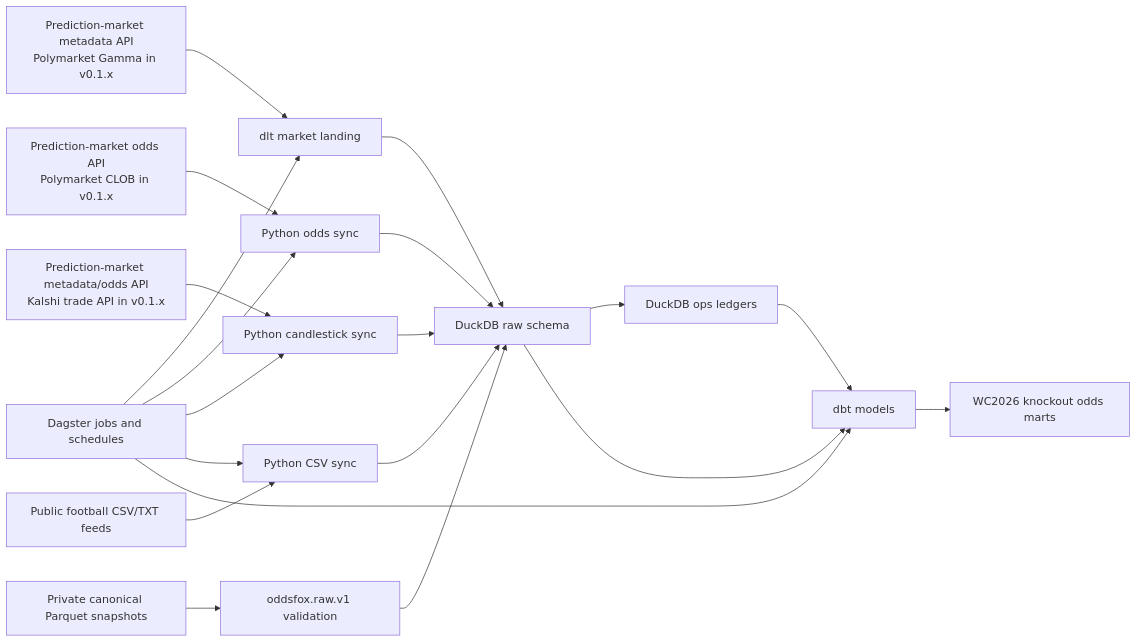
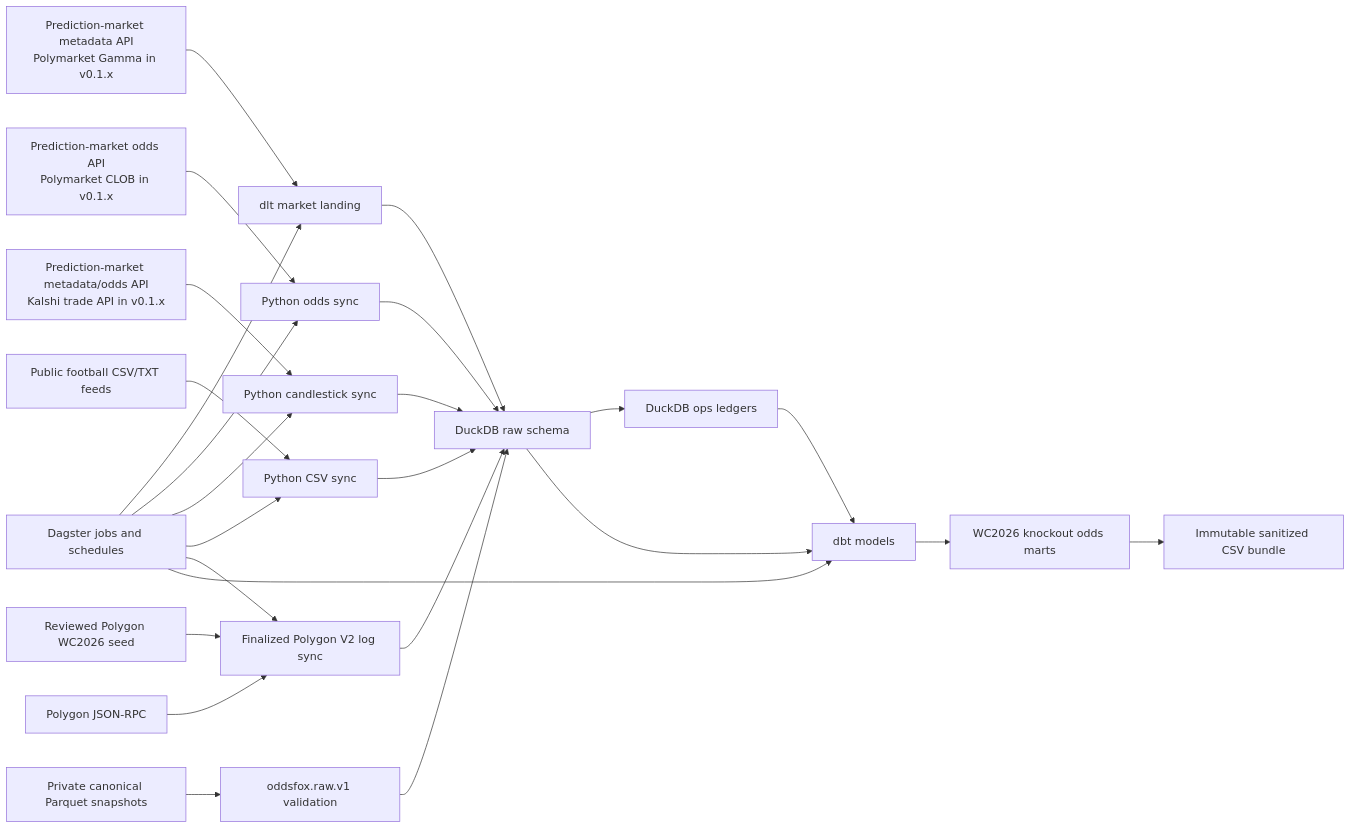
One commit to hypertrial/oddsfox-pipeline changed the first of 2 diagrams in docs/concepts/architecture.md. Above: the diagram before and after it, drawn with Mermaid. The commit also changed other lines of this file and 87 other files, not shown here.

````diff
--- a/docs/concepts/architecture.md
+++ b/docs/concepts/architecture.md
@@ -25,22 +31,27 @@
 ```mermaid
 flowchart LR
     gamma["Prediction-market metadata API<br/>Polymarket Gamma in v0.1.x"] --> dlt["dlt market landing"]
     clob["Prediction-market odds API<br/>Polymarket CLOB in v0.1.x"] --> odds["Python odds sync"]
     kalshi_api["Prediction-market metadata/odds API<br/>Kalshi trade API in v0.1.x"] --> kalshi_sync["Python candlestick sync"]
     results["Public football CSV/TXT feeds"] --> result_sync["Python CSV sync"]
+    seed["Reviewed Polygon WC2026 seed"] --> polygon_sync["Finalized Polygon V2 log sync"]
+    polygon_rpc["Polygon JSON-RPC"] --> polygon_sync
     private["Private canonical Parquet snapshots"] --> validate["oddsfox.raw.v1 validation"]
     dlt --> raw["DuckDB raw schema"]
     odds --> raw
     kalshi_sync --> raw
     result_sync --> raw
+    polygon_sync --> raw
     validate --> raw
     raw --> ops["DuckDB ops ledgers"]
     raw --> dbt["dbt models"]
     ops --> dbt
     dbt --> marts["WC2026 knockout odds marts"]
+    marts --> bundle["Immutable sanitized CSV bundle"]
     dagster["Dagster jobs and schedules"] --> dlt
     dagster --> odds
     dagster --> kalshi_sync
     dagster --> result_sync
+    dagster --> polygon_sync
     dagster --> dbt
 ```
````
